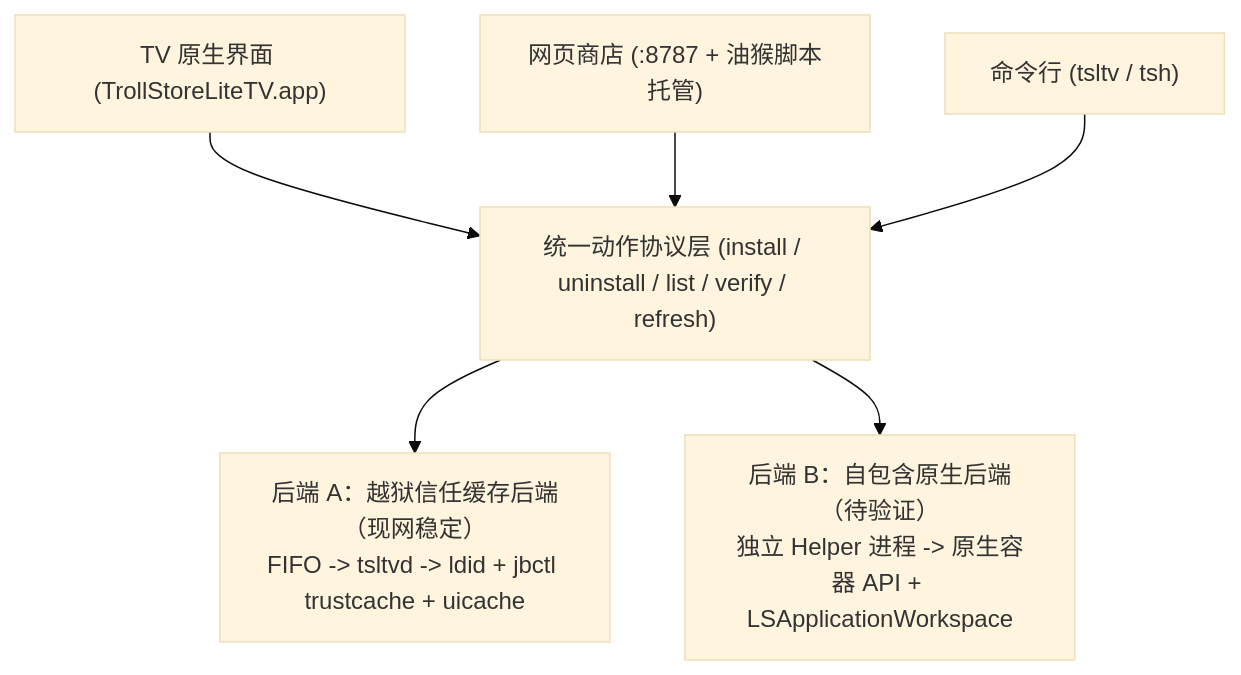
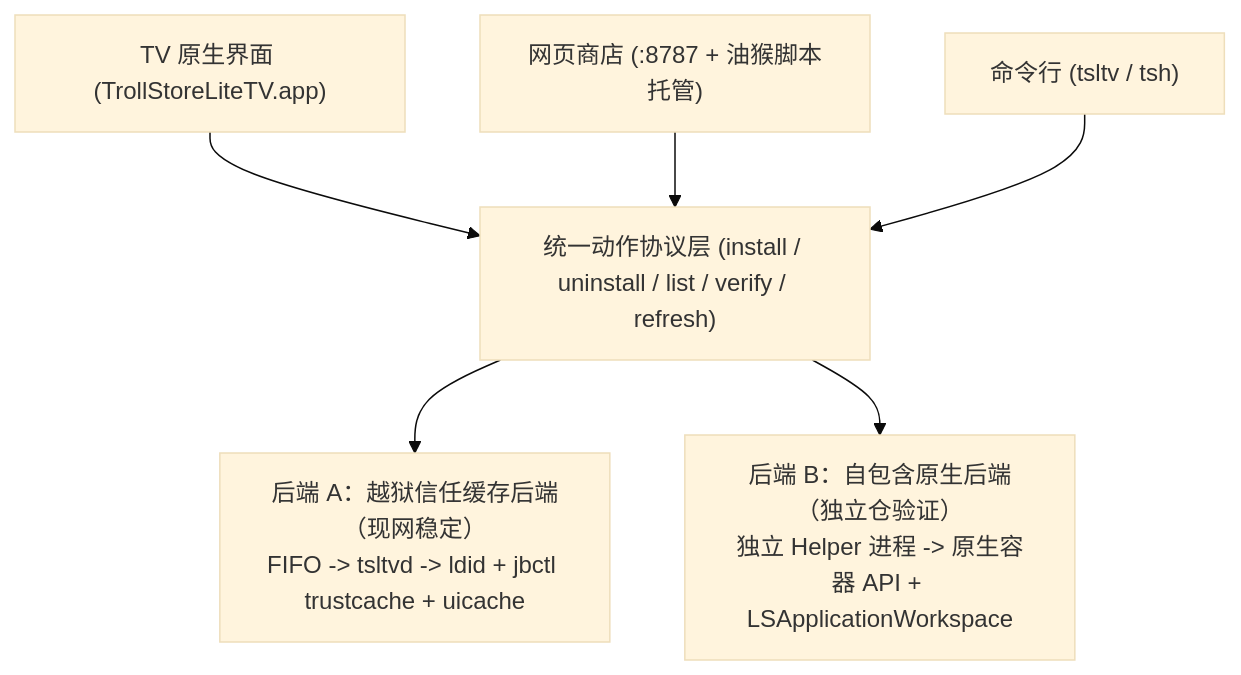
Before and after one commit to comicchang/trollstore-lite-tv: the first of 2 diagrams in docs/zh/VERIFICATION-DESIGN.md, drawn with Mermaid (base theme). The commit also changed other lines of this file and 25 other files, not shown here.

````diff
--- a/docs/zh/VERIFICATION-DESIGN.md
+++ b/docs/zh/VERIFICATION-DESIGN.md
@@ -27,9 +27,9 @@
 ```mermaid
 flowchart TD
     UI["TV 原生界面 (TrollStoreLiteTV.app)"] --> API["统一动作协议层 (install / uninstall / list / verify / refresh)"]
     WEB["网页商店 (:8787 + 油猴脚本托管)"] --> API
     CLI["命令行 (tsltv / tsh)"] --> API
 
-    API --> B1["后端 A：越狱信任缓存后端（现网稳定）\nFIFO -> tsltvd -> ldid + jbctl trustcache + uicache"]
-    API --> B2["后端 B：自包含原生后端（待验证）\n独立 Helper 进程 -> 原生容器 API + LSApplicationWorkspace"]
+    API --> B1["后端 A：越狱信任缓存后端（现网稳定）<br/>FIFO -&gt; tsltvd -&gt; ldid + jbctl trustcache + uicache"]
+    API --> B2["后端 B：自包含原生后端（独立仓验证）<br/>独立 Helper 进程 -&gt; 原生容器 API + LSApplicationWorkspace"]
 ```
````
